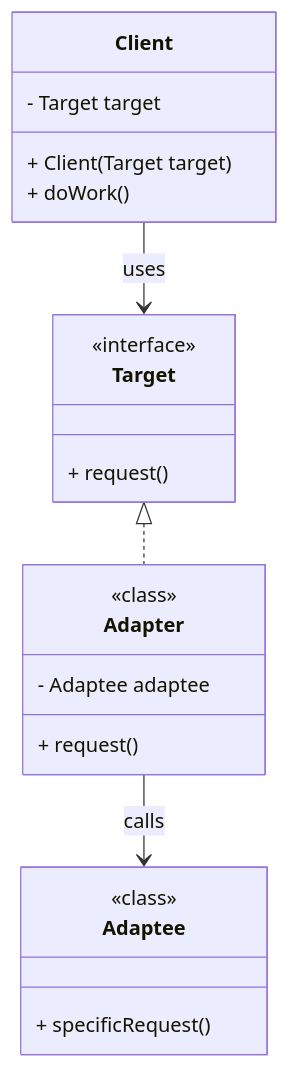
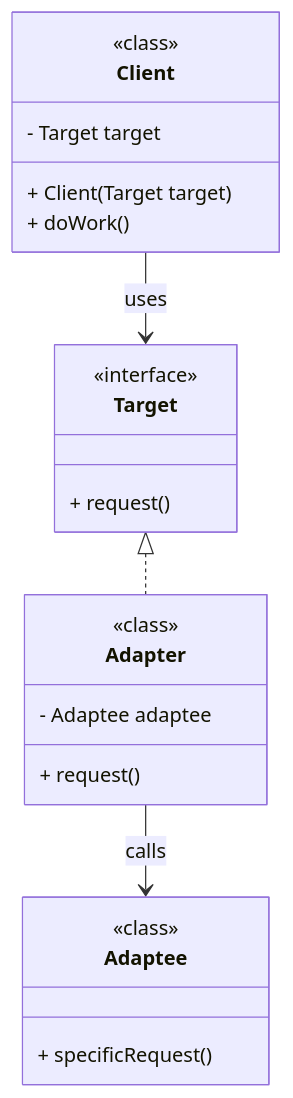
The third of 3 diagrams in Design_Pattern/Structural/Adapter.md (Hyorick/Learning), drawn with Mermaid before and after one commit. The commit also changed 3 other files, not shown here.

````diff
--- a/Design_Pattern/Structural/Adapter.md
+++ b/Design_Pattern/Structural/Adapter.md
@@ -125,48 +125,49 @@
 ```mermaid
 classDiagram
     %% ============================
     %%        TARGET INTERFACE
     %% ============================
 
     class Target {
         <<interface>>
         + request()
     }
 
     %% ============================
     %%        CLIENT
     %% ============================
 
     class Client {
+        <<class>>
         - Target target
         + Client(Target target)
         + doWork()
     }
 
     Client --> Target : uses
 
 
     %% ============================
     %%        ADAPTER
     %% ============================
 
     class Adapter {
         <<class>>
         - Adaptee adaptee
         + request()
     }
 
     Target <|.. Adapter
     Adapter --> Adaptee : calls
 
 
     %% ============================
     %%        ADAPTEE
     %% ============================
 
     class Adaptee {
         <<class>>
         + specificRequest()
     }
 
 ```
````
